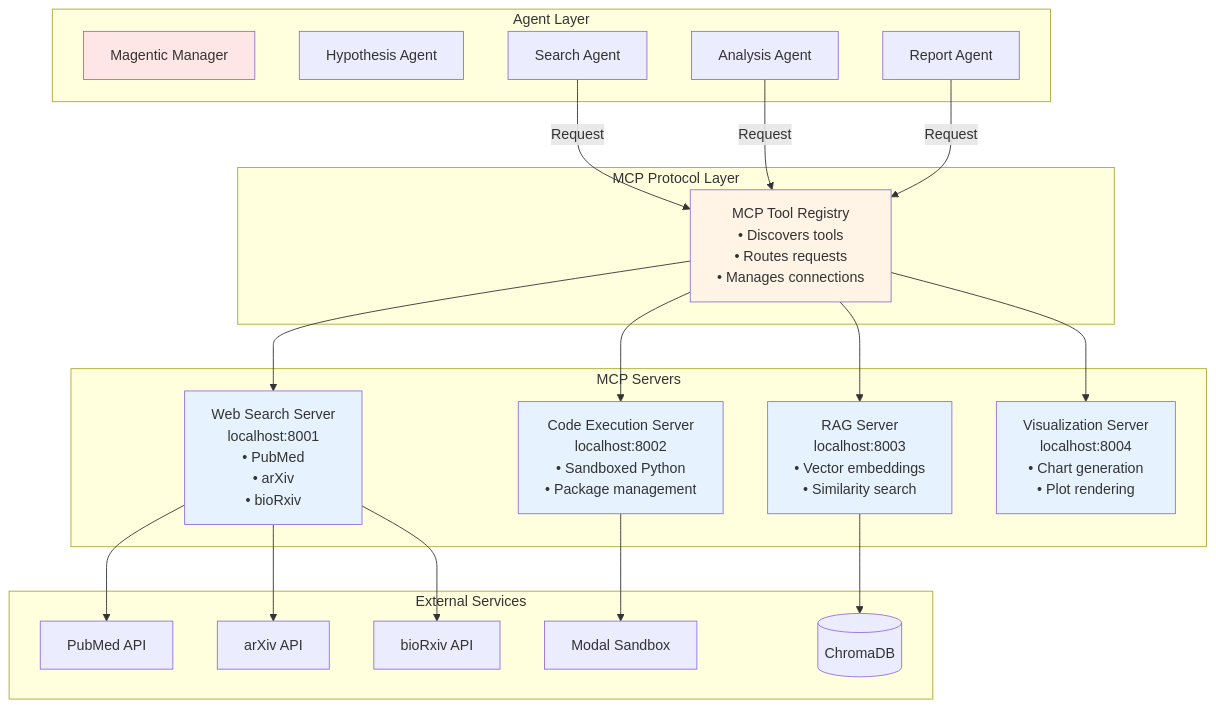
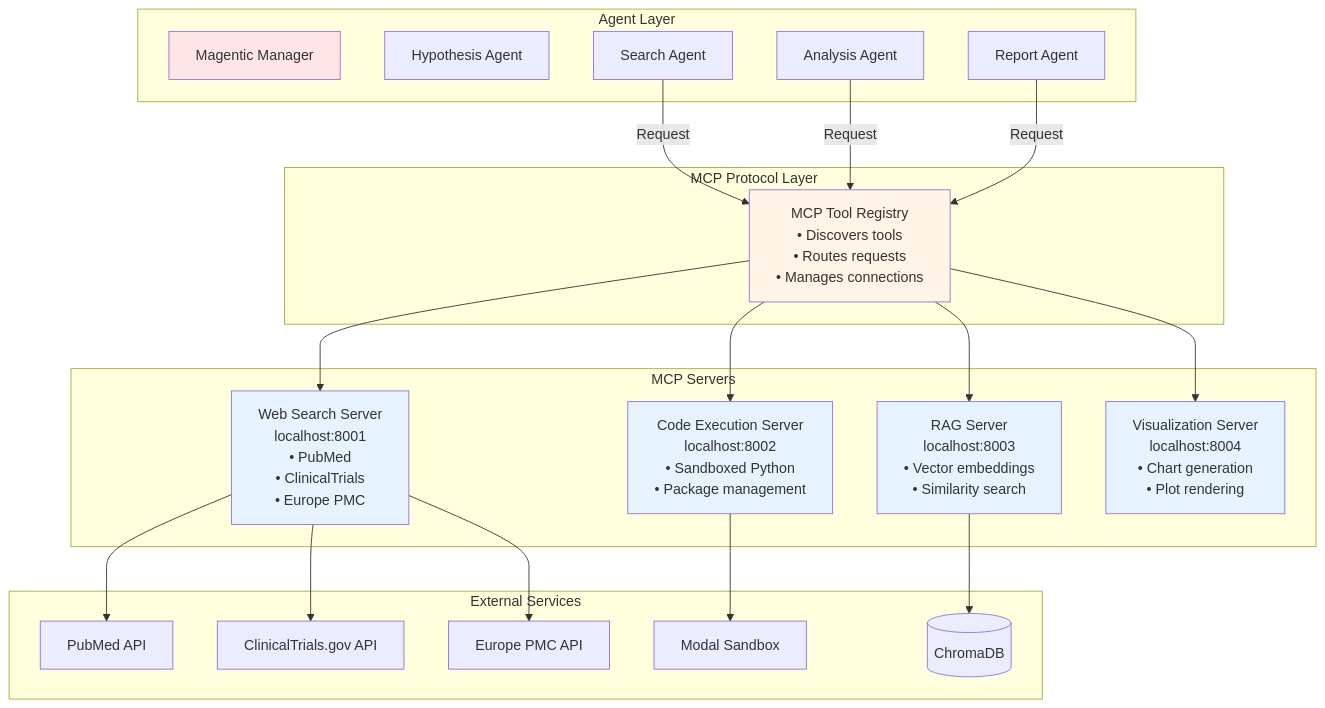
Diagram 11 of 15 in docs/workflow-diagrams.md (The-Obstacle-Is-The-Way/DeepBoner), drawn with Mermaid before and after one commit. The commit also changed other lines of this file and 10 other files, not shown here.

````diff
--- a/docs/workflow-diagrams.md
+++ b/docs/workflow-diagrams.md
@@ -376,51 +376,51 @@
 ```mermaid
 graph TB
     subgraph "Agent Layer"
         Manager[Magentic Manager]
         HypAgent[Hypothesis Agent]
         SearchAgent[Search Agent]
         AnalysisAgent[Analysis Agent]
         ReportAgent[Report Agent]
     end
 
     subgraph "MCP Protocol Layer"
         Registry[MCP Tool Registry<br/>• Discovers tools<br/>• Routes requests<br/>• Manages connections]
     end
 
     subgraph "MCP Servers"
-        Server1[Web Search Server<br/>localhost:8001<br/>• PubMed<br/>• arXiv<br/>• bioRxiv]
+        Server1[Web Search Server<br/>localhost:8001<br/>• PubMed<br/>• ClinicalTrials<br/>• Europe PMC]
         Server2[Code Execution Server<br/>localhost:8002<br/>• Sandboxed Python<br/>• Package management]
         Server3[RAG Server<br/>localhost:8003<br/>• Vector embeddings<br/>• Similarity search]
         Server4[Visualization Server<br/>localhost:8004<br/>• Chart generation<br/>• Plot rendering]
     end
 
     subgraph "External Services"
         PubMed[PubMed API]
-        ArXiv[arXiv API]
-        BioRxiv[bioRxiv API]
+        Trials[ClinicalTrials.gov API]
+        EuropePMC[Europe PMC API]
         Modal[Modal Sandbox]
         ChromaDB[(ChromaDB)]
     end
 
     SearchAgent -->|Request| Registry
     AnalysisAgent -->|Request| Registry
     ReportAgent -->|Request| Registry
 
     Registry --> Server1
     Registry --> Server2
     Registry --> Server3
     Registry --> Server4
 
     Server1 --> PubMed
-    Server1 --> ArXiv
-    Server1 --> BioRxiv
+    Server1 --> Trials
+    Server1 --> EuropePMC
     Server2 --> Modal
     Server3 --> ChromaDB
 
     style Manager fill:#ffe6e6
     style Registry fill:#fff4e6
     style Server1 fill:#e6f3ff
     style Server2 fill:#e6f3ff
     style Server3 fill:#e6f3ff
     style Server4 fill:#e6f3ff
 ```
````
